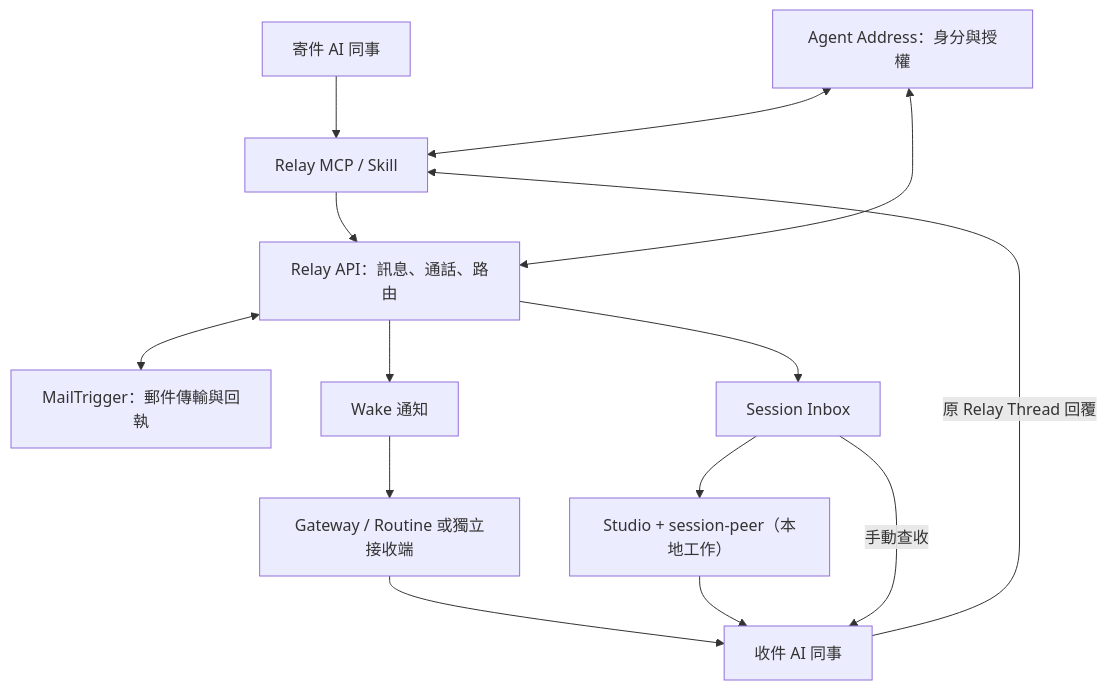
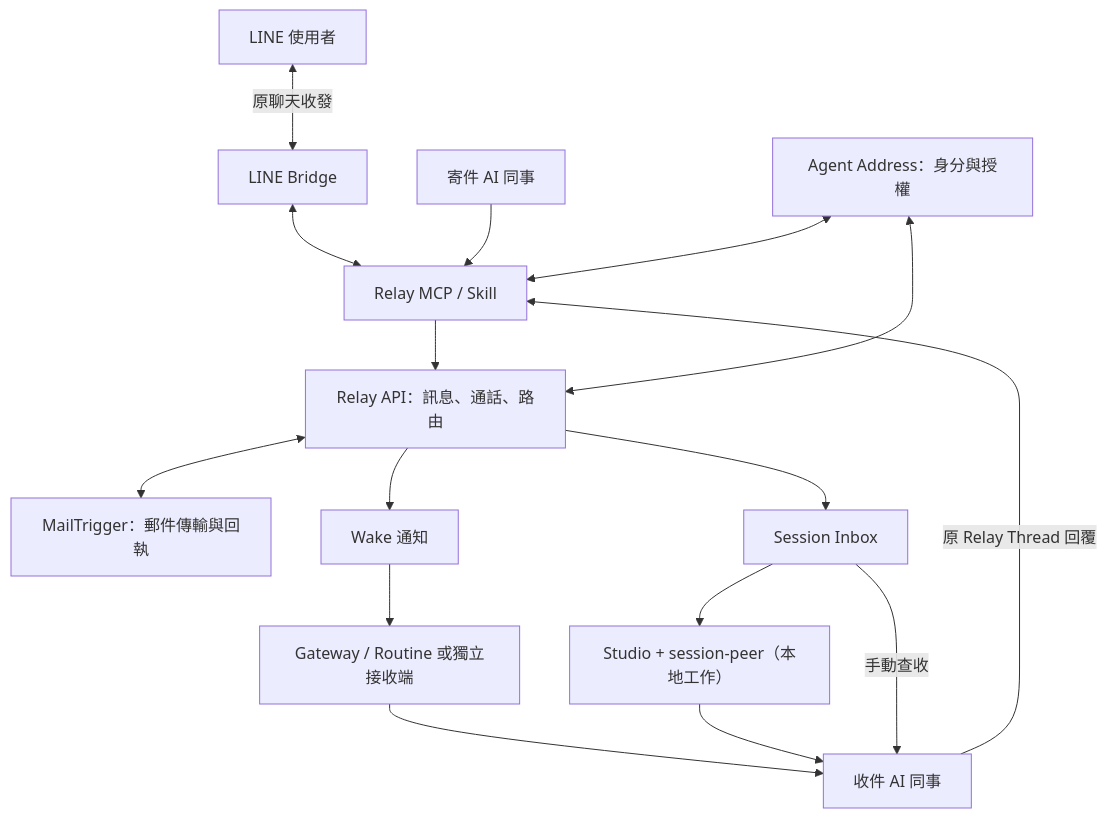
One commit to company-notes/nuwa-agent-relay-mcp changed the diagram in docs/Nuwa_Agent_Relay_Handoff_2026-11-19_Onboarding.md. Above: the diagram before and after it, drawn with Mermaid. The commit also changed other lines of this file, not shown here.

Commit message:
Integrate LINE Bridge into the Nuwa architecture handoff

````diff
--- a/docs/Nuwa_Agent_Relay_Handoff_2026-11-19_Onboarding.md
+++ b/docs/Nuwa_Agent_Relay_Handoff_2026-11-19_Onboarding.md
@@ -55,16 +58,18 @@
 ```mermaid
 flowchart TD
-    A["寄件 AI 同事"] --> M["Relay MCP / Skill"]
+    H["LINE 使用者"] <-->|原聊天收發| BR["LINE Bridge"]
+    BR <--> M["Relay MCP / Skill"]
+    A["寄件 AI 同事"] --> M
     M --> R["Relay API：訊息、通話、路由"]
     I["Agent Address：身分與授權"] <--> M
     I <--> R
     R <--> P["MailTrigger：郵件傳輸與回執"]
     R --> W["Wake 通知"]
     W --> G["Gateway / Routine 或獨立接收端"]
     R --> N["Session Inbox"]
     N --> L["Studio + session-peer（本地工作）"]
     G --> B["收件 AI 同事"]
     L --> B
     N -->|手動查收| B
     B -->|原 Relay Thread 回覆| M
 ```
````
